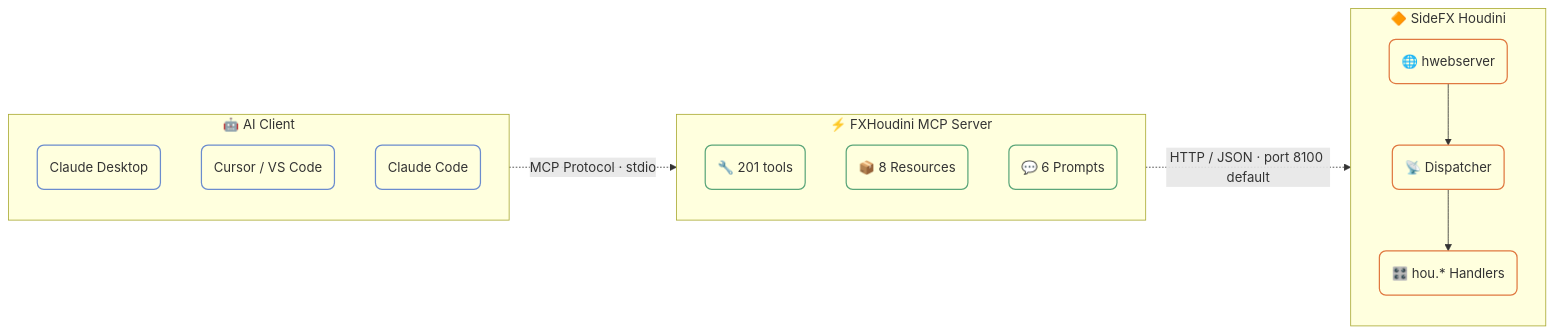
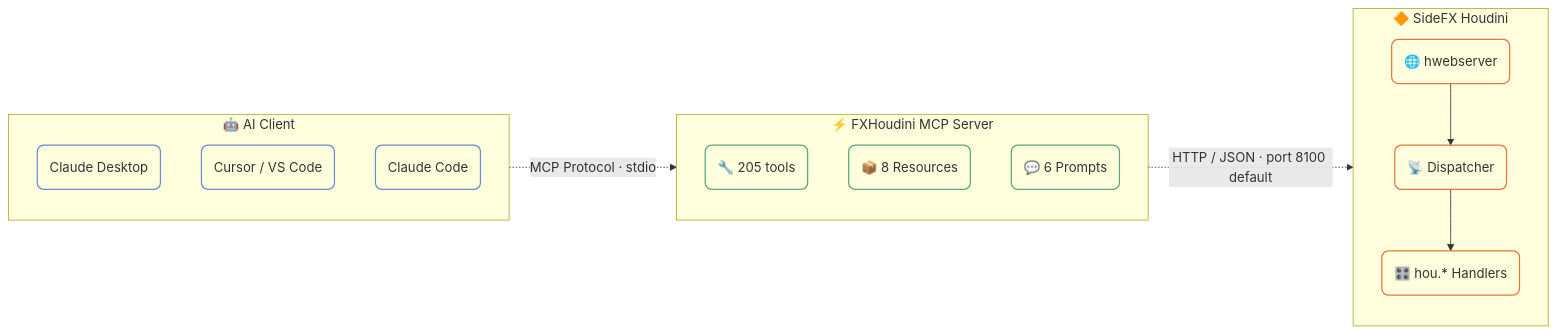
The diagram in docs/index.md (rossgeorgia0430-cyber/fxhoudinimcp-windows-agents), drawn with Mermaid before and after one commit. The commit also changed other lines of this file and 13 other files, not shown here.

````diff
--- a/docs/index.md
+++ b/docs/index.md
@@ -40,35 +40,35 @@
 ```mermaid
 flowchart LR
     subgraph Client[" 🤖 AI Client "]
         direction TB
         A1("Claude Desktop")
         A2("Cursor / VS Code")
         A3("Claude Code")
     end
 
     subgraph MCP[" ⚡ FXHoudini MCP Server "]
         direction TB
-        B1("🔧 201 tools")
+        B1("🔧 205 tools")
         B2("📦 8 Resources")
         B3("💬 6 Prompts")
     end
 
     subgraph Houdini[" 🔶 SideFX Houdini "]
         direction TB
         C1("🌐 hwebserver")
         C2("📡 Dispatcher")
         C3("🎛️ hou.* Handlers")
         C1 --> C2 --> C3
     end
 
     Client -. "MCP Protocol · stdio" .-> MCP
     MCP -. "HTTP / JSON · port 8100 default" .-> Houdini
 
     classDef clientNode fill:transparent,stroke:#6b8cce,stroke-width:1.5px,rx:8,ry:8
     classDef mcpNode fill:transparent,stroke:#5ba67a,stroke-width:1.5px,rx:8,ry:8
     classDef houdiniNode fill:transparent,stroke:#e07840,stroke-width:1.5px,rx:8,ry:8
 
     class A1,A2,A3 clientNode
     class B1,B2,B3 mcpNode
     class C1,C2,C3 houdiniNode
 ```
````
